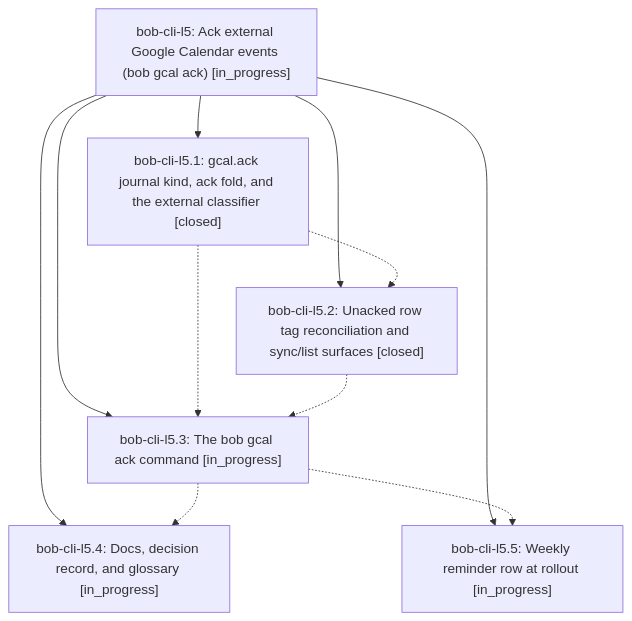
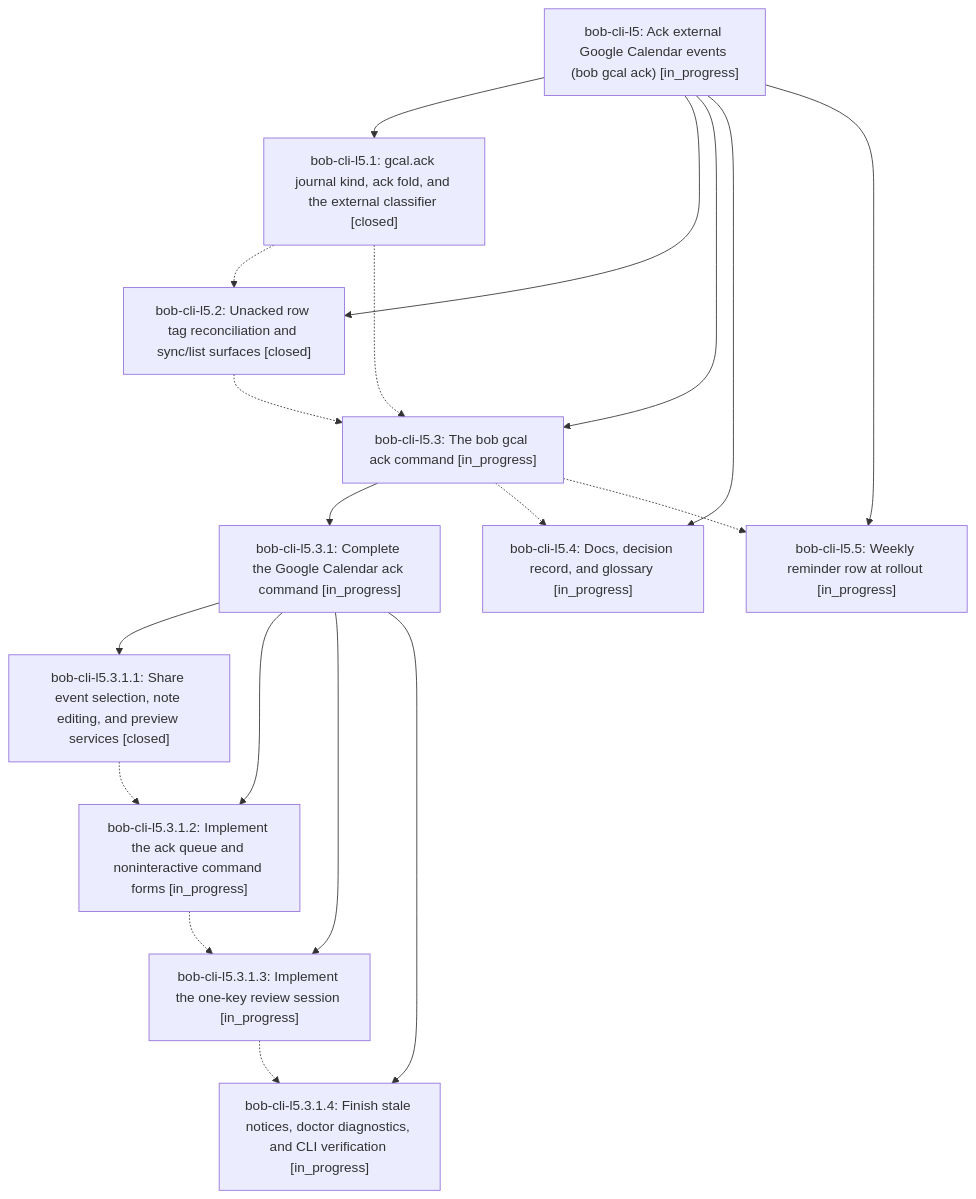
One commit to bobs-org/bob-cli--beads changed the diagram in pages/bob-cli-l5/README.md. Above: the diagram before and after it, drawn with Mermaid. The commit also changed other lines of this file and 8 other files, not shown here.

First line of the commit message:
chore(beads): sync bead state and pages for bob-cli-l5

````diff
--- a/pages/bob-cli-l5/README.md
+++ b/pages/bob-cli-l5/README.md
@@ -38,19 +38,32 @@
 ```mermaid
 flowchart TD
     n0["bob-cli-l5: Ack external Google Calendar events (bob gcal ack) [in_progress]"]
     n1["bob-cli-l5.1: gcal.ack journal kind, ack fold, and the external classifier [closed]"]
     n2["bob-cli-l5.2: Unacked row tag reconciliation and sync/list surfaces [closed]"]
     n3["bob-cli-l5.3: The bob gcal ack command [in_progress]"]
-    n4["bob-cli-l5.4: Docs, decision record, and glossary [in_progress]"]
-    n5["bob-cli-l5.5: Weekly reminder row at rollout [in_progress]"]
+    n4["bob-cli-l5.3.1: Complete the Google Calendar ack command [in_progress]"]
+    n5["bob-cli-l5.3.1.1: Share event selection, note editing, and preview services [closed]"]
+    n6["bob-cli-l5.3.1.2: Implement the ack queue and noninteractive command forms [in_progress]"]
+    n7["bob-cli-l5.3.1.3: Implement the one-key review session [in_progress]"]
+    n8["bob-cli-l5.3.1.4: Finish stale notices, doctor diagnostics, and CLI verification [in_progress]"]
+    n9["bob-cli-l5.4: Docs, decision record, and glossary [in_progress]"]
+    n10["bob-cli-l5.5: Weekly reminder row at rollout [in_progress]"]
     n0 --> n1
     n0 --> n2
     n0 --> n3
-    n0 --> n4
-    n0 --> n5
+    n3 --> n4
+    n4 --> n5
+    n4 --> n6
+    n4 --> n7
+    n4 --> n8
+    n0 --> n9
+    n0 --> n10
     n1 -.-> n2
     n1 -.-> n3
     n2 -.-> n3
-    n3 -.-> n4
-    n3 -.-> n5
+    n3 -.-> n9
+    n3 -.-> n10
+    n5 -.-> n6
+    n6 -.-> n7
+    n7 -.-> n8
 ```
````
